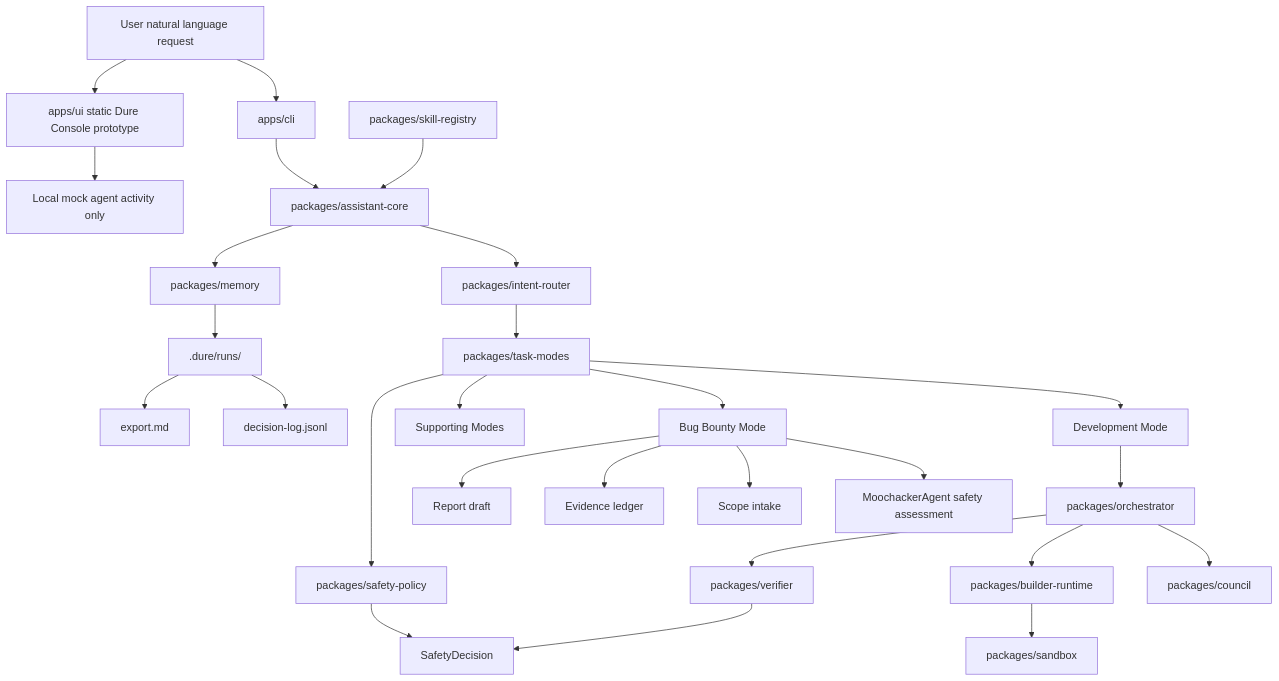
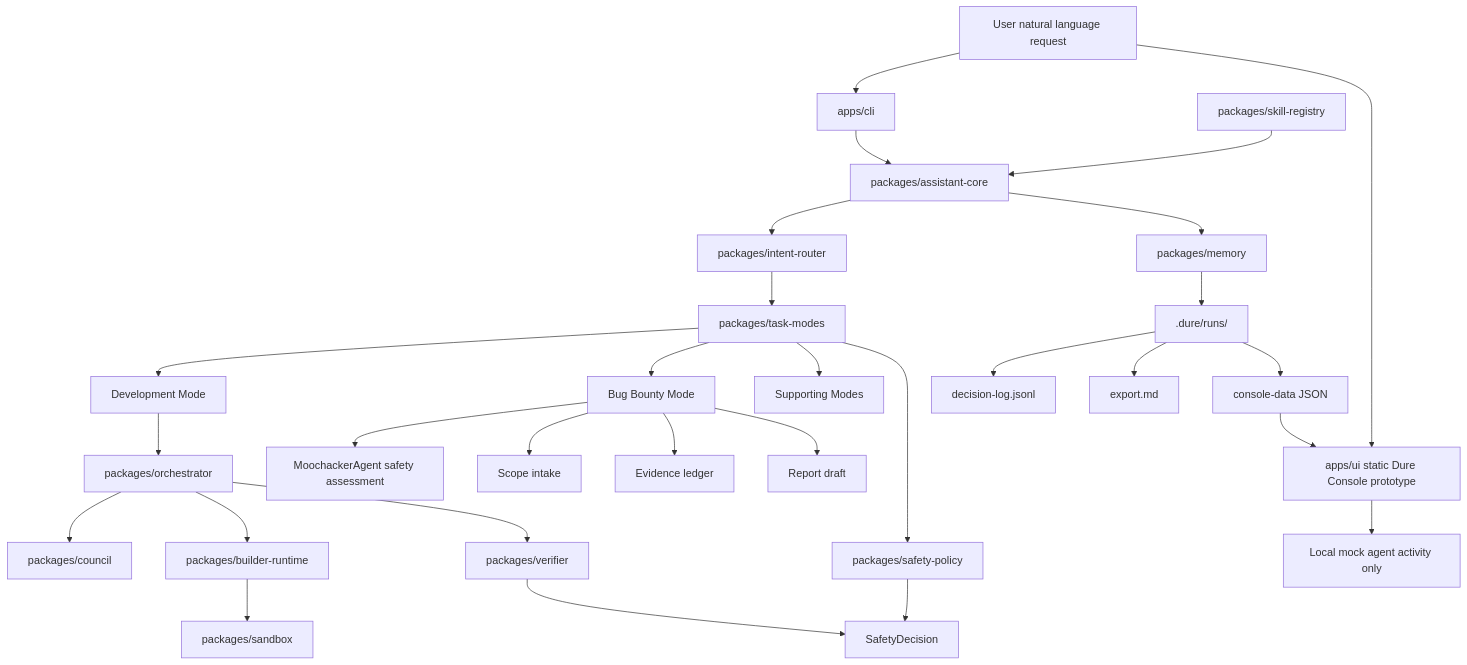
Before and after one commit to eklim23/Dure: the diagram in docs/architecture-diagram.md, drawn with Mermaid. The commit also changed other lines of this file and 12 other files, not shown here.

````diff
--- a/docs/architecture-diagram.md
+++ b/docs/architecture-diagram.md
@@ -3,35 +3,37 @@
 ```mermaid
 flowchart TD
   User["User natural language request"] --> CLI["apps/cli"]
   User --> UI["apps/ui static Dure Console prototype"]
   UI --> UIState["Local mock agent activity only"]
   CLI --> AssistantCore["packages/assistant-core"]
   AssistantCore --> IntentRouter["packages/intent-router"]
   IntentRouter --> TaskModes["packages/task-modes"]
 
   TaskModes --> Development["Development Mode"]
   TaskModes --> BugBounty["Bug Bounty Mode"]
   TaskModes --> Supporting["Supporting Modes"]
 
   Development --> Orchestrator["packages/orchestrator"]
   Orchestrator --> Council["packages/council"]
   Orchestrator --> BuilderRuntime["packages/builder-runtime"]
   BuilderRuntime --> Sandbox["packages/sandbox"]
   Orchestrator --> Verifier["packages/verifier"]
 
   BugBounty --> Moochacker["MoochackerAgent safety assessment"]
   BugBounty --> Scope["Scope intake"]
   BugBounty --> Evidence["Evidence ledger"]
   BugBounty --> Report["Report draft"]
 
   TaskModes --> SafetyPolicy["packages/safety-policy"]
   SafetyPolicy --> SafetyDecision["SafetyDecision"]
   Verifier --> SafetyDecision
 
   AssistantCore --> Memory["packages/memory"]
   Memory --> Runs[".dure/runs/<run-id>"]
   Runs --> DecisionLog["decision-log.jsonl"]
   Runs --> Export["export.md"]
+  Runs --> ConsoleData["console-data JSON"]
+  ConsoleData --> UI
 
   SkillRegistry["packages/skill-registry"] --> AssistantCore
 ```
````
